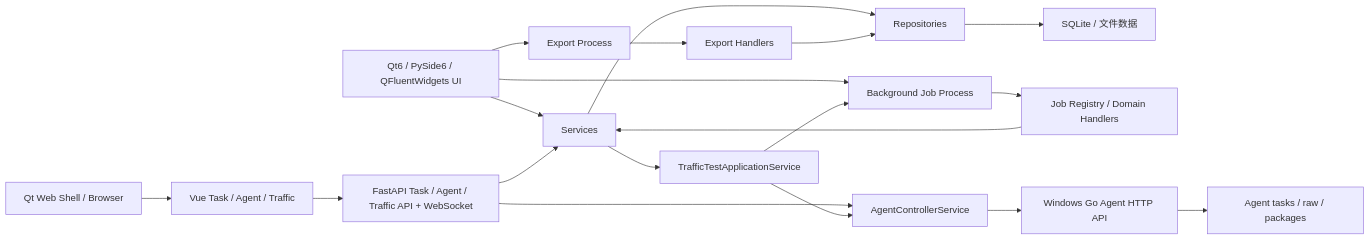
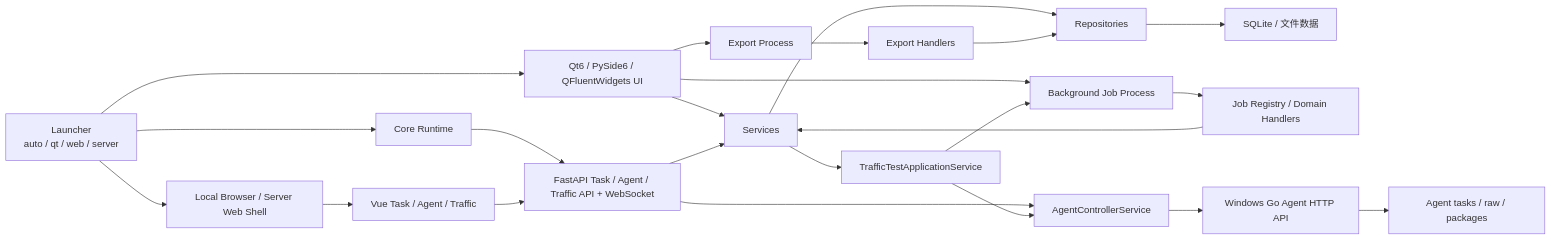
One commit to wxj183589/NetConsole changed the diagram in README.md. Above: the diagram before and after it, drawn with Mermaid. The commit also changed other lines of this file and 29 other files, not shown here.

````diff
--- a/README.md
+++ b/README.md
@@ -55,21 +55,25 @@
 ```mermaid
 flowchart LR
+    L["Launcher\nauto / qt / web / server"] --> CORE["Core Runtime"]
+    L --> UI
+    L --> WS
     UI["Qt6 / PySide6 / QFluentWidgets UI"] --> SVC["Services"]
-    WS["Qt Web Shell / Browser"] --> VUE["Vue Task / Agent / Traffic"]
-    VUE --> API["FastAPI Task / Agent / Traffic API + WebSocket"]
+    WS["Local Browser / Server Web Shell"] --> VUE["Vue Task / Agent / Traffic"]
+    CORE --> API["FastAPI Task / Agent / Traffic API + WebSocket"]
+    VUE --> API
     API --> SVC
     SVC --> REPO["Repositories"]
     REPO --> DB["SQLite / 文件数据"]
     UI --> JOB["Background Job Process"]
     UI --> EXP["Export Process"]
     JOB --> REG["Job Registry / Domain Handlers"]
     EXP --> WRITER["Export Handlers"]
     REG --> SVC
     WRITER --> REPO
     API --> CTRL["AgentControllerService"]
     CTRL --> AGENT["Windows Go Agent HTTP API"]
     AGENT --> AGENTDATA["Agent tasks / raw / packages"]
     SVC --> TRAFFIC["TrafficTestApplicationService"]
     TRAFFIC --> JOB
     TRAFFIC --> CTRL
 ```
````
